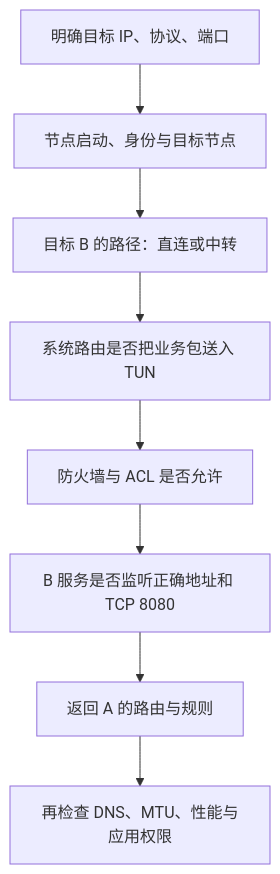
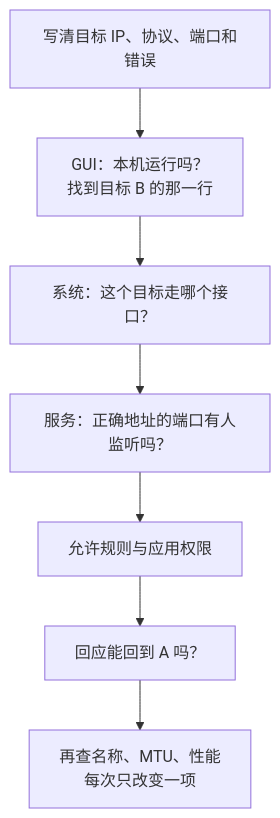
The diagram in apps/website/chapters/19-diagnostics.md (sonofmagic/easytier-docs), drawn with Mermaid before and after one commit. The commit also changed other lines of this file and 59 other files, not shown here.

````diff
--- a/apps/website/chapters/19-diagnostics.md
+++ b/apps/website/chapters/19-diagnostics.md
@@ -49,10 +45,9 @@
 ```mermaid
 flowchart TD
-  Goal["明确目标 IP、协议、端口"] --> Start["节点启动、身份与目标节点"]
-  Start --> Path["目标 B 的路径：直连或中转"]
-  Path --> Route["系统路由是否把业务包送入 TUN"]
-  Route --> Rules["防火墙与 ACL 是否允许"]
-  Rules --> App["B 服务是否监听正确地址和 TCP 8080"]
-  App --> Back["返回 A 的路由与规则"]
-  Back --> Extra["再检查 DNS、MTU、性能与应用权限"]
+  Goal["写清目标 IP、协议、端口和错误"] --> GUI["GUI：本机运行吗？<br/>找到目标 B 的那一行"]
+  GUI --> Route["系统：这个目标走哪个接口？"]
+  Route --> App["服务：正确地址的端口有人监听吗？"]
+  App --> Rules["允许规则与应用权限"]
+  Rules --> Back["回应能回到 A 吗？"]
+  Back --> Extra["再查名称、MTU、性能<br/>每次只改变一项"]
 ```
````
